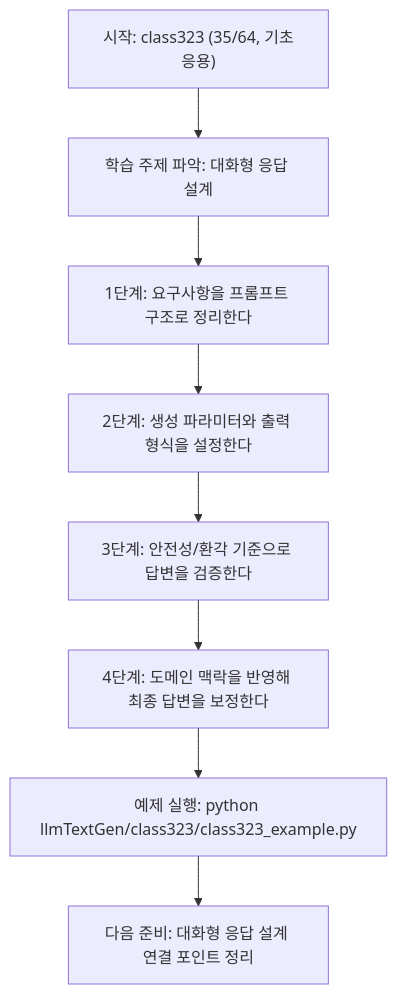
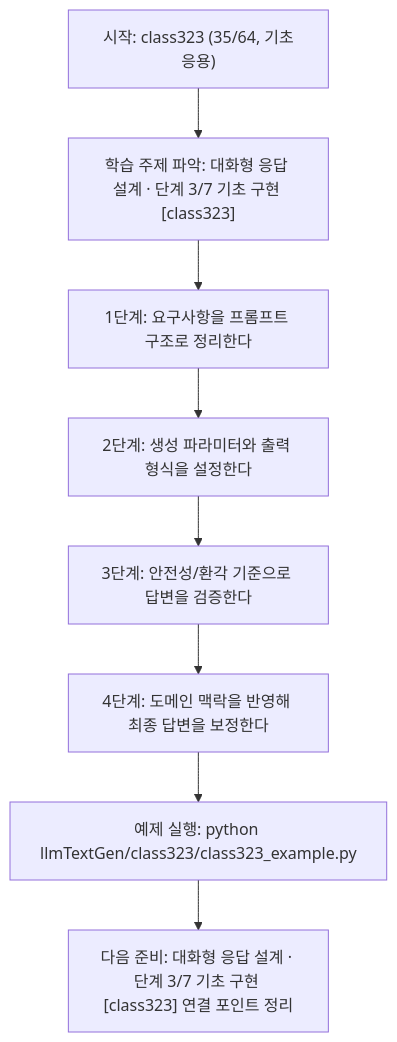
The diagram in llmTextGen/class323/class323.md (edumgt/Python-AI_Agent-Class), drawn with Mermaid before and after one commit. The commit also changed other lines of this file and 522 other files, not shown here.

````diff
--- a/llmTextGen/class323/class323.md
+++ b/llmTextGen/class323/class323.md
@@ -113,18 +114,18 @@
 ```mermaid
 flowchart TD
 N1["시작: class323 (35/64, 기초응용)"]
-N2["학습 주제 파악: 대화형 응답 설계"]
+N2["학습 주제 파악: 대화형 응답 설계 · 단계 3/7 기초 구현 [class323]"]
 N3["1단계: 요구사항을 프롬프트 구조로 정리한다"]
 N4["2단계: 생성 파라미터와 출력 형식을 설정한다"]
 N5["3단계: 안전성/환각 기준으로 답변을 검증한다"]
 N6["4단계: 도메인 맥락을 반영해 최종 답변을 보정한다"]
 N7["예제 실행: python llmTextGen/class323/class323_example.py"]
-N8["다음 준비: 대화형 응답 설계 연결 포인트 정리"]
+N8["다음 준비: 대화형 응답 설계 · 단계 3/7 기초 구현 [class323] 연결 포인트 정리"]
 N1 --> N2
 N2 --> N3
 N3 --> N4
 N4 --> N5
 N5 --> N6
 N6 --> N7
 N7 --> N8
 ```
````
